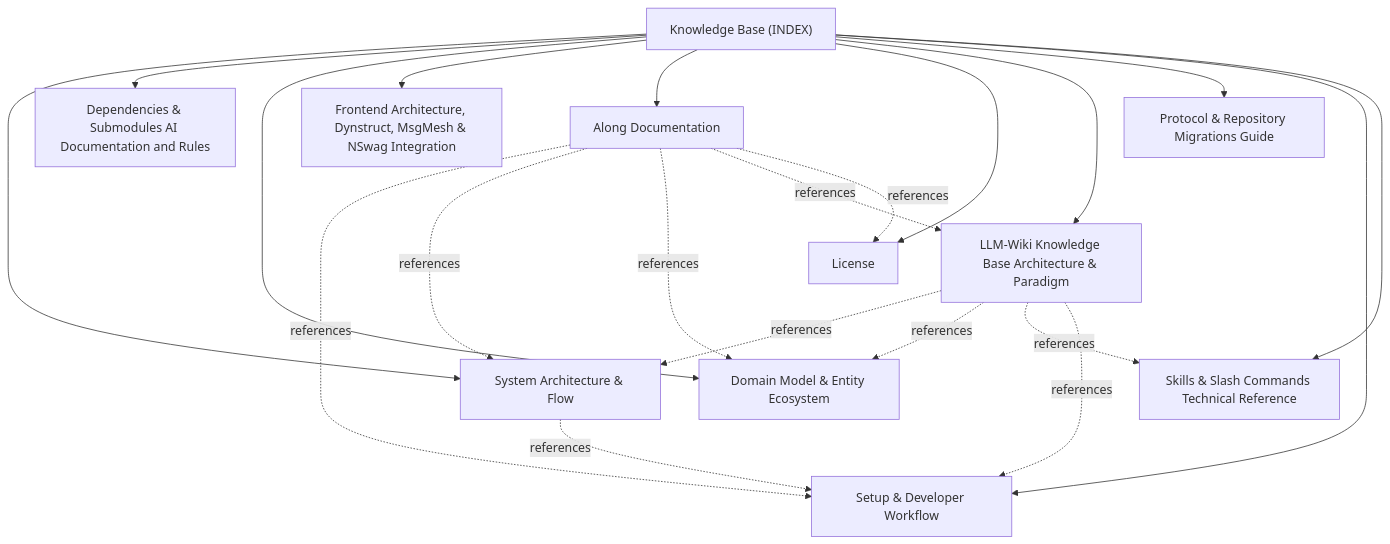
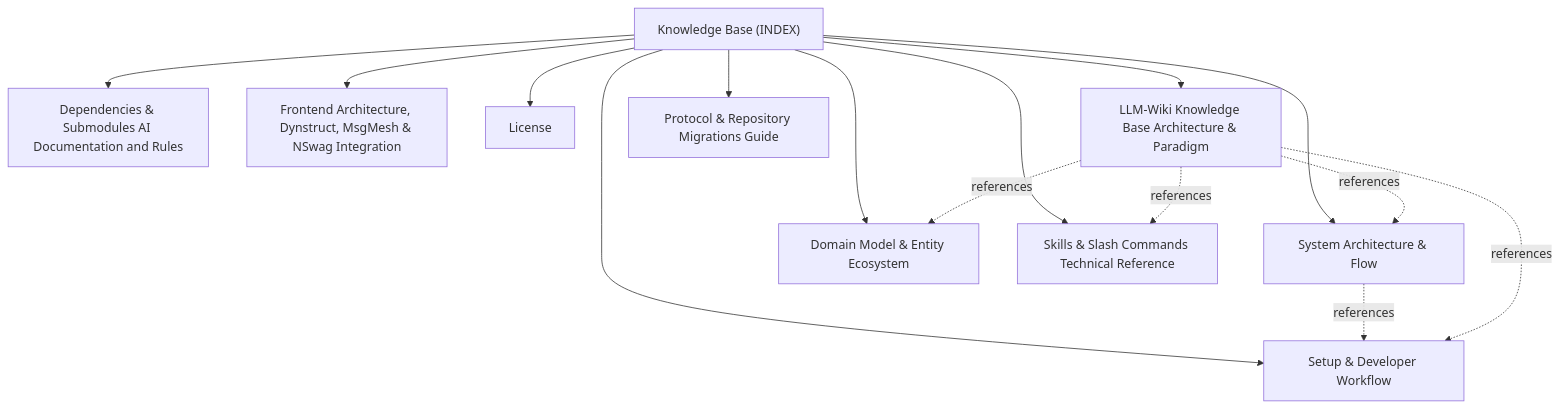
Before and after one commit to actdim/along: the diagram in docs/INDEX.md, drawn with Mermaid. The commit also changed other lines of this file and 9 other files, not shown here.

````diff
--- a/docs/INDEX.md
+++ b/docs/INDEX.md
@@ -17,34 +17,27 @@
 ```mermaid
 flowchart TD
     INDEX["Knowledge Base (INDEX)"]
     T_ARCHITECTURE["System Architecture & Flow"]
     INDEX --> T_ARCHITECTURE
     T_DEPENDENCIES["Dependencies & Submodules AI Documentation and Rules"]
     INDEX --> T_DEPENDENCIES
     T_DOMAIN_MODEL["Domain Model & Entity Ecosystem"]
     INDEX --> T_DOMAIN_MODEL
     T_FRONTEND_FRAMEWORKS["Frontend Architecture, Dynstruct, MsgMesh & NSwag Integration"]
     INDEX --> T_FRONTEND_FRAMEWORKS
-    T_INDEX["Along Documentation"]
-    INDEX --> T_INDEX
     T_LICENSE["License"]
     INDEX --> T_LICENSE
     T_LLM_WIKI_ARCHITECTURE["LLM-Wiki Knowledge Base Architecture & Paradigm"]
     INDEX --> T_LLM_WIKI_ARCHITECTURE
     T_MIGRATIONS["Protocol & Repository Migrations Guide"]
     INDEX --> T_MIGRATIONS
     T_SETUP_AND_WORKFLOW["Setup & Developer Workflow"]
     INDEX --> T_SETUP_AND_WORKFLOW
     T_SKILLS_REFERENCE["Skills & Slash Commands Technical Reference"]
     INDEX --> T_SKILLS_REFERENCE
     T_ARCHITECTURE -.->|references| T_SETUP_AND_WORKFLOW
-    T_INDEX -.->|references| T_SETUP_AND_WORKFLOW
-    T_INDEX -.->|references| T_ARCHITECTURE
-    T_INDEX -.->|references| T_DOMAIN_MODEL
-    T_INDEX -.->|references| T_LLM_WIKI_ARCHITECTURE
-    T_INDEX -.->|references| T_LICENSE
     T_LLM_WIKI_ARCHITECTURE -.->|references| T_ARCHITECTURE
     T_LLM_WIKI_ARCHITECTURE -.->|references| T_DOMAIN_MODEL
     T_LLM_WIKI_ARCHITECTURE -.->|references| T_SKILLS_REFERENCE
     T_LLM_WIKI_ARCHITECTURE -.->|references| T_SETUP_AND_WORKFLOW
 ```
````
